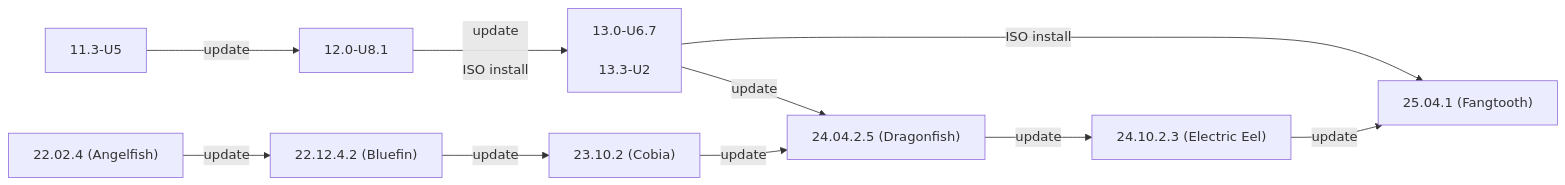
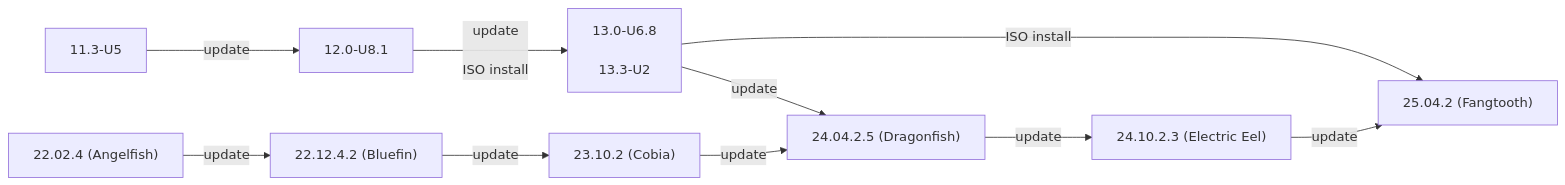
Before and after one commit to truenas/documentation: the first of 2 diagrams in static/includes/SCALEUpgradePaths.md, drawn with Mermaid. The commit also changed other lines of this file and 3 other files, not shown here.

```diff
--- a/static/includes/SCALEUpgradePaths.md
+++ b/static/includes/SCALEUpgradePaths.md
@@ -67,13 +67,13 @@
           {{< mermaid class="mermaid_sizing" >}}
           flowchart LR
             A["11.3-U5"] -->|update| B["12.0-U8.1"]
-            B -->|"update<br><br>ISO install"| C["13.0-U6.7<br><br>13.3-U2"]
+            B -->|"update<br><br>ISO install"| C["13.0-U6.8<br><br>13.3-U2"]
             C -->|update| G
             C -->|ISO install| I
             D["22.02.4 (Angelfish)"] -->|update| E
             E["22.12.4.2 (Bluefin)"] -->|update| F
             F["23.10.2 (Cobia)"] -->|update| G
             G["24.04.2.5 (Dragonfish)"] -->|update| H
             H["24.10.2.3 (Electric Eel)"] -->|update| I
-            I["25.04.1 (Fangtooth)"]
+            I["25.04.2 (Fangtooth)"]
           {{< /mermaid >}}
```
